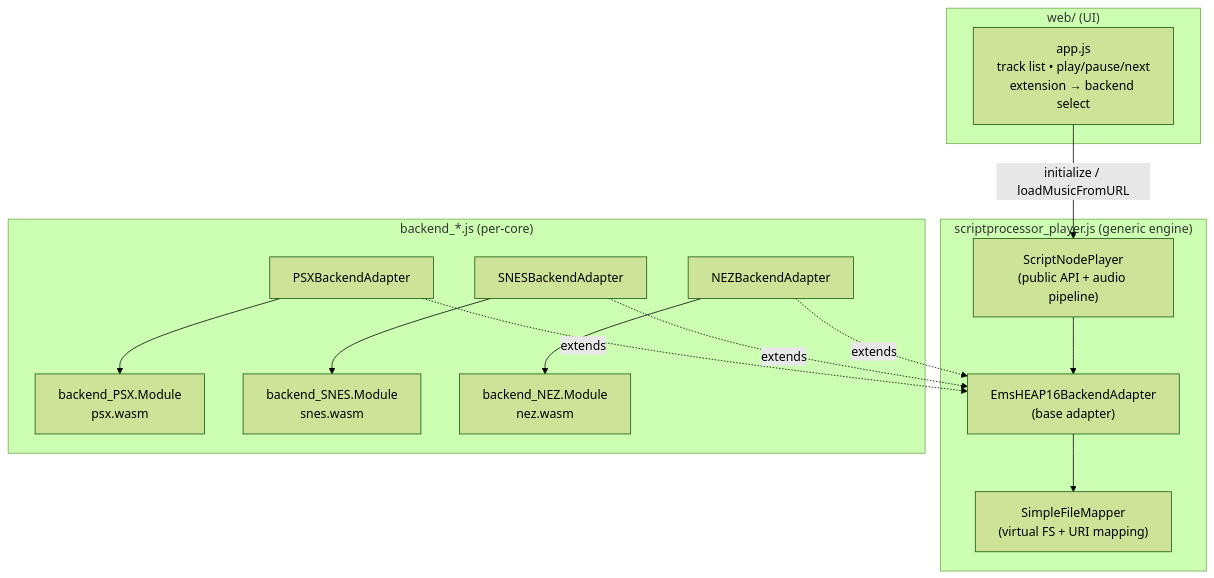
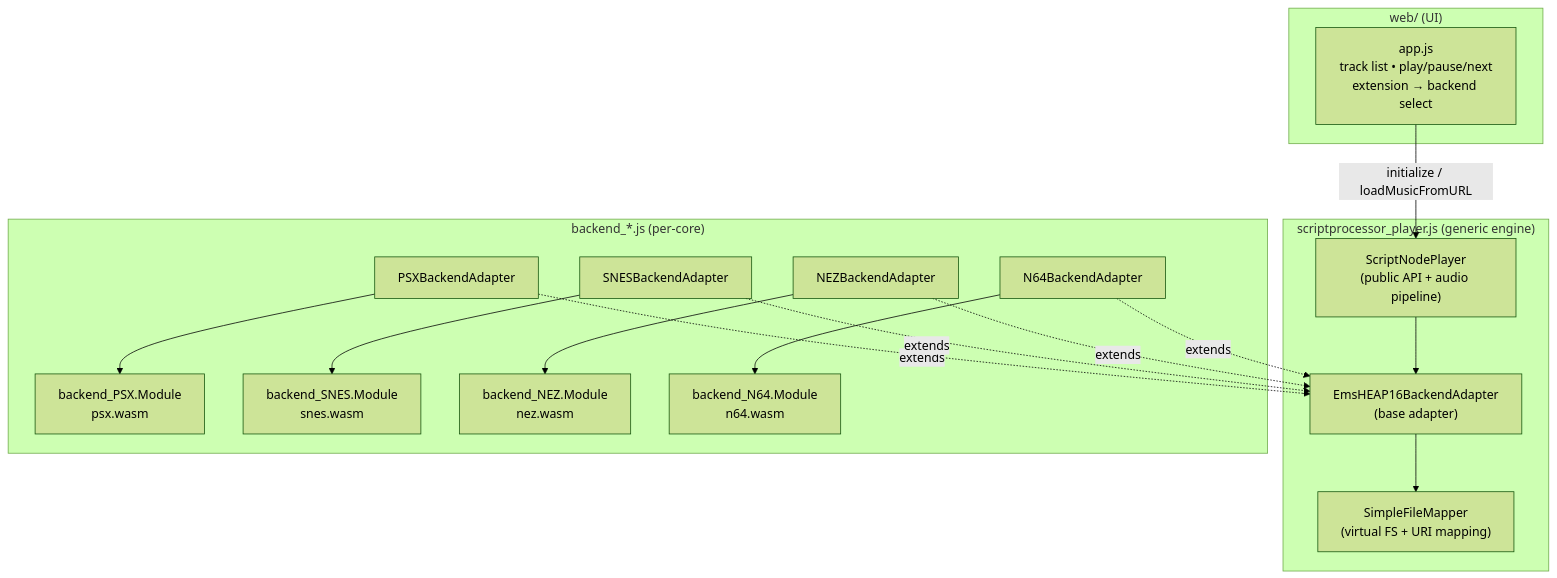
The diagram in README.md (mode777/trackify), drawn with Mermaid (forest theme) before and after one commit. The commit also changed other lines of this file and 8 other files, not shown here.

````diff
--- a/README.md
+++ b/README.md
@@ -174,31 +177,35 @@
 ```mermaid
 flowchart TD
     subgraph UI["web/ (UI)"]
         APP["app.js<br/>track list • play/pause/next<br/>extension → backend select"]
     end
 
     subgraph PLAYER["scriptprocessor_player.js (generic engine)"]
         SNP["ScriptNodePlayer<br/>(public API + audio pipeline)"]
         ADP["EmsHEAP16BackendAdapter<br/>(base adapter)"]
         FM["SimpleFileMapper<br/>(virtual FS + URI mapping)"]
     end
 
     subgraph BACKENDS["backend_*.js (per-core)"]
         PSXA["PSXBackendAdapter"]
         SNESA["SNESBackendAdapter"]
       NEZA["NEZBackendAdapter"]
+      N64A["N64BackendAdapter"]
         PSXM["backend_PSX.Module<br/>psx.wasm"]
         SNESM["backend_SNES.Module<br/>snes.wasm"]
       NEZM["backend_NEZ.Module<br/>nez.wasm"]
+      N64M["backend_N64.Module<br/>n64.wasm"]
     end
 
     APP -->|initialize / loadMusicFromURL| SNP
     SNP --> ADP
     ADP --> FM
     PSXA -.->|extends| ADP
     SNESA -.->|extends| ADP
     NEZA -.->|extends| ADP
+    N64A -.->|extends| ADP
     PSXA --> PSXM
     SNESA --> SNESM
     NEZA --> NEZM
+    N64A --> N64M
 ```
````
